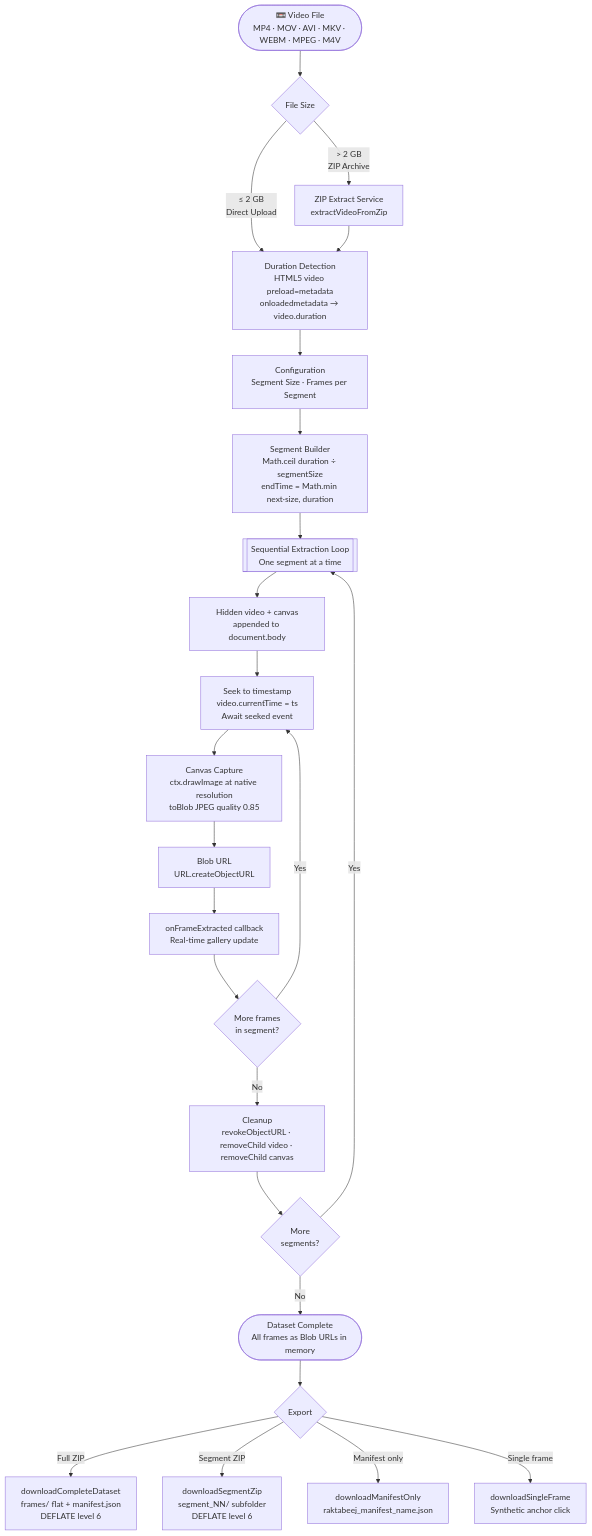
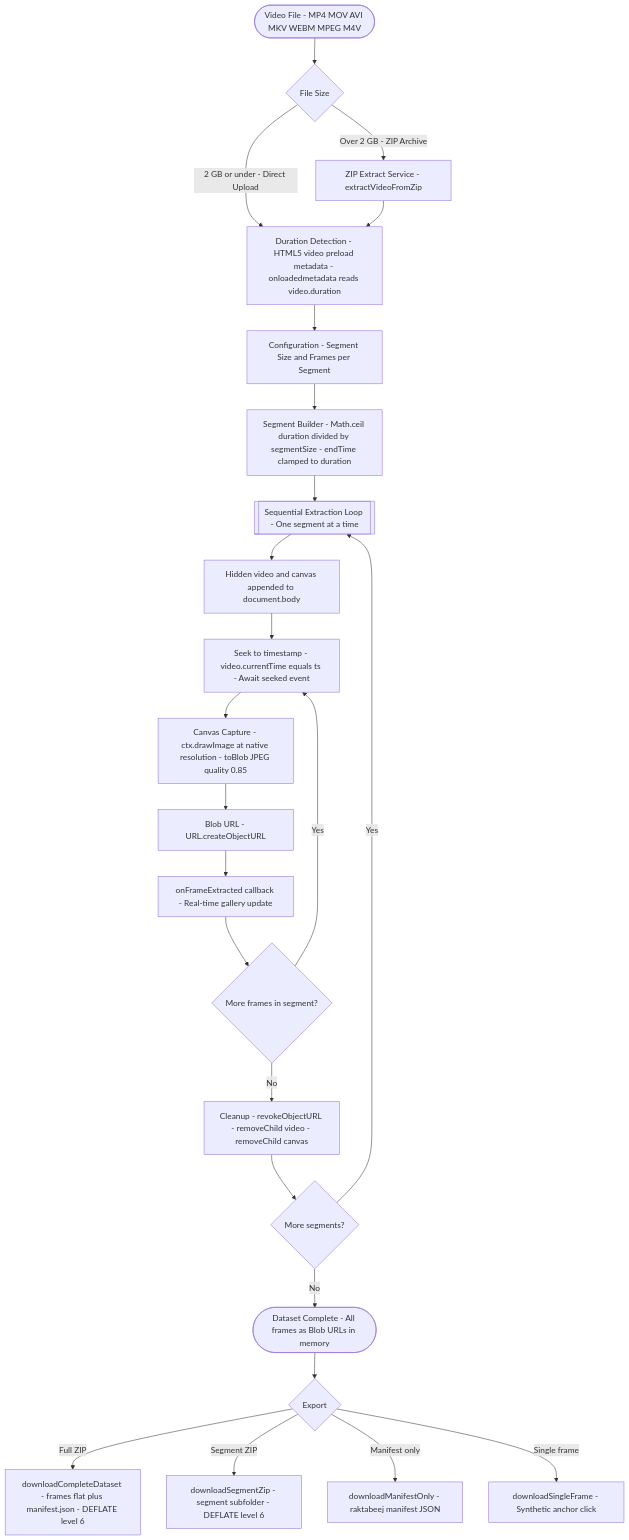
Before and after one commit to ArunVijaykumarcsds/raktabeej: the first of 7 diagrams in README.md, drawn with Mermaid. The commit also changed other lines of this file, not shown here.

Commit message:
Refactor Mermaid diagrams for clarity and consistency

````diff
--- a/README.md
+++ b/README.md
@@ -126,40 +126,40 @@
 ```mermaid
 flowchart TD
-    A([📼 Video File\nMP4 · MOV · AVI · MKV · WEBM · MPEG · M4V]) --> B
+    A([Video File - MP4 MOV AVI MKV WEBM MPEG M4V]) --> B
 
-    B{File Size} -->|≤ 2 GB\nDirect Upload| C
-    B -->|> 2 GB\nZIP Archive| Z[ZIP Extract Service\nextractVideoFromZip]
+    B{File Size} -->|2 GB or under - Direct Upload| C
+    B -->|Over 2 GB - ZIP Archive| Z[ZIP Extract Service - extractVideoFromZip]
     Z --> C
 
-    C[Duration Detection\nHTML5 video preload=metadata\nonloadedmetadata → video.duration] --> D
+    C[Duration Detection - HTML5 video preload metadata - onloadedmetadata reads video.duration] --> D
 
-    D[Configuration\nSegment Size · Frames per Segment] --> E
+    D[Configuration - Segment Size and Frames per Segment] --> E
 
-    E[Segment Builder\nMath.ceil duration ÷ segmentSize\nendTime = Math.min next·size, duration] --> F
+    E[Segment Builder - Math.ceil duration divided by segmentSize - endTime clamped to duration] --> F
 
-    F[[Sequential Extraction Loop\nOne segment at a time]] --> G
+    F[[Sequential Extraction Loop - One segment at a time]] --> G
 
-    G[Hidden video + canvas\nappended to document.body] --> H
+    G[Hidden video and canvas appended to document.body] --> H
 
-    H[Seek to timestamp\nvideo.currentTime = ts\nAwait seeked event] --> I
+    H[Seek to timestamp - video.currentTime equals ts - Await seeked event] --> I
 
-    I[Canvas Capture\nctx.drawImage at native resolution\ntoBlob JPEG quality 0.85] --> J
+    I[Canvas Capture - ctx.drawImage at native resolution - toBlob JPEG quality 0.85] --> J
 
-    J[Blob URL\nURL.createObjectURL] --> K
+    J[Blob URL - URL.createObjectURL] --> K
 
-    K[onFrameExtracted callback\nReal-time gallery update] --> L{More frames\nin segment?}
+    K[onFrameExtracted callback - Real-time gallery update] --> L{More frames in segment?}
 
     L -->|Yes| H
-    L -->|No| M[Cleanup\nrevokeObjectURL · removeChild video · removeChild canvas]
+    L -->|No| M[Cleanup - revokeObjectURL - removeChild video - removeChild canvas]
 
-    M --> N{More\nsegments?}
+    M --> N{More segments?}
     N -->|Yes| F
     N -->|No| O
 
-    O([Dataset Complete\nAll frames as Blob URLs in memory]) --> P
+    O([Dataset Complete - All frames as Blob URLs in memory]) --> P
 
-    P{Export} -->|Full ZIP| Q[downloadCompleteDataset\nframes/ flat + manifest.json\nDEFLATE level 6]
-    P -->|Segment ZIP| R[downloadSegmentZip\nsegment_NN/ subfolder\nDEFLATE level 6]
-    P -->|Manifest only| S[downloadManifestOnly\nraktabeej_manifest_name.json]
-    P -->|Single frame| T[downloadSingleFrame\nSynthetic anchor click]
+    P{Export} -->|Full ZIP| Q[downloadCompleteDataset - frames flat plus manifest.json - DEFLATE level 6]
+    P -->|Segment ZIP| R[downloadSegmentZip - segment subfolder - DEFLATE level 6]
+    P -->|Manifest only| S[downloadManifestOnly - raktabeej manifest JSON]
+    P -->|Single frame| T[downloadSingleFrame - Synthetic anchor click]
 ```
````
